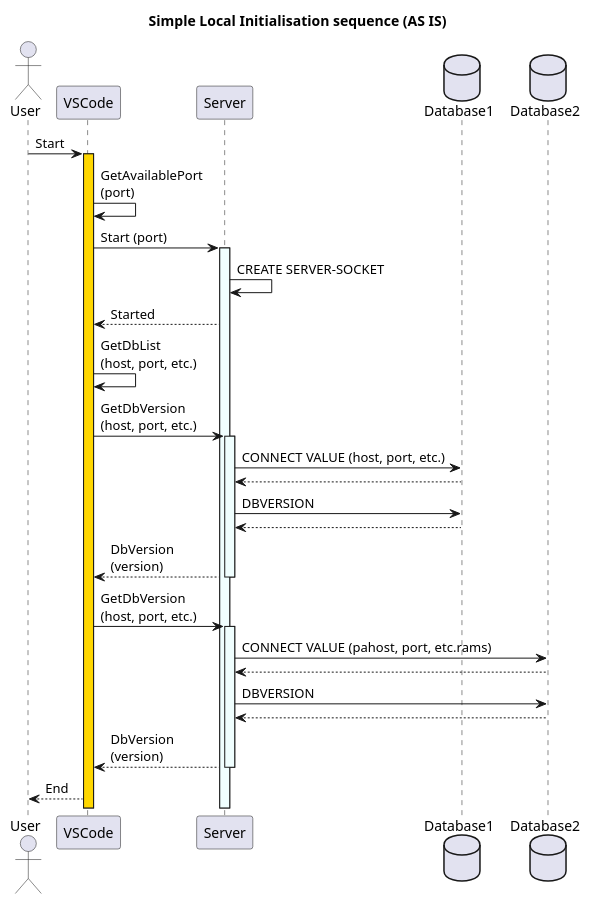
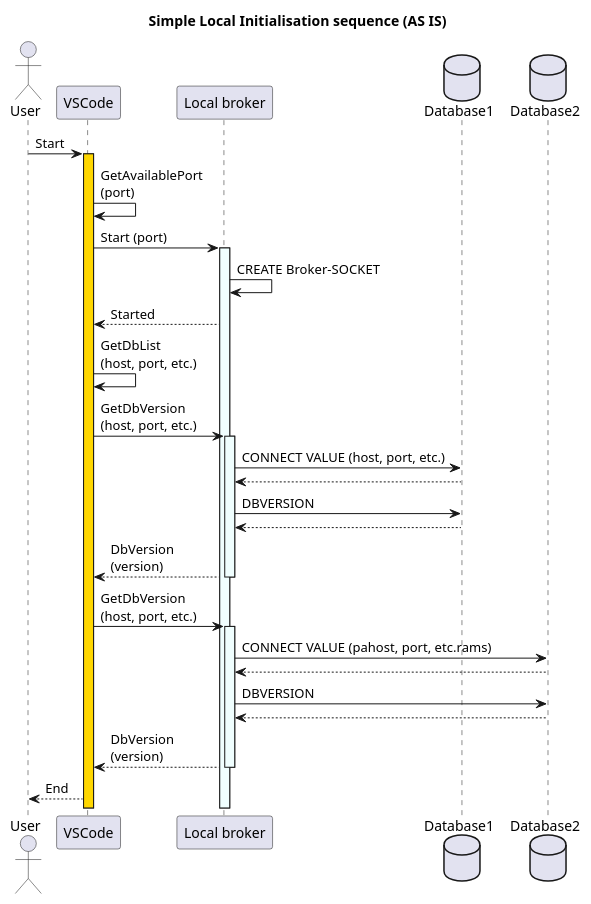
The diagram in seq1.plantuml (BalticAmadeus/ProBro), drawn with PlantUML before and after one commit. The commit also changed 8 other files, not shown here.

```diff
--- a/seq1.plantuml
+++ b/seq1.plantuml
@@ -1,38 +1,38 @@
-@startuml SimpleLocalInitialisationSequence
+@startuml SimpleLocalInitialisDatabase1ationSequence
 
 title Simple Local Initialisation sequence (AS IS)
 
 actor User
 participant VSCode
-participant Server
+participant Broker as "Local broker"
 database Database1
 database Database2
 
 User -> VSCode ++ #Gold : Start
 VSCode ->  VSCode : GetAvailablePort\n(port)
-VSCode ->  Server ++ #Azure: Start (port)
-Server ->  Server : CREATE SERVER-SOCKET
-VSCode <-- Server : Started
+VSCode ->  Broker ++ #Azure: Start (port)
+Broker ->  Broker : CREATE Broker-SOCKET
+VSCode <-- Broker : Started
 VSCode ->  VSCode : GetDbList\n(host, port, etc.)
-VSCode ->  Server : GetDbVersion\n(host, port, etc.)
+VSCode ->  Broker : GetDbVersion\n(host, port, etc.)
 
-activate Server #Azure
-Server -> Database1 : CONNECT VALUE (host, port, etc.)
-Server <-- Database1
-Server -> Database1 : DBVERSION
-Server <-- Database1
-VSCode <-- Server : DbVersion\n(version)
-deactivate Server
+activate Broker #Azure
+Broker -> Database1 : CONNECT VALUE (host, port, etc.)
+Broker <-- Database1
+Broker -> Database1 : DBVERSION
+Broker <-- Database1
+VSCode <-- Broker : DbVersion\n(version)
+deactivate Broker
 
-VSCode ->  Server : GetDbVersion\n(host, port, etc.)
+VSCode ->  Broker : GetDbVersion\n(host, port, etc.)
 
-activate Server #Azure
-Server -> Database2 : CONNECT VALUE (pahost, port, etc.rams)
-Server <-- Database2
-Server -> Database2 : DBVERSION
-Server <-- Database2
-VSCode <-- Server : DbVersion\n(version)
-deactivate Server
+activate Broker #Azure
+Broker -> Database2 : CONNECT VALUE (pahost, port, etc.rams)
+Broker <-- Database2
+Broker -> Database2 : DBVERSION
+Broker <-- Database2
+VSCode <-- Broker : DbVersion\n(version)
+deactivate Broker
 User <-- VSCode : End
 
 @enduml
```
